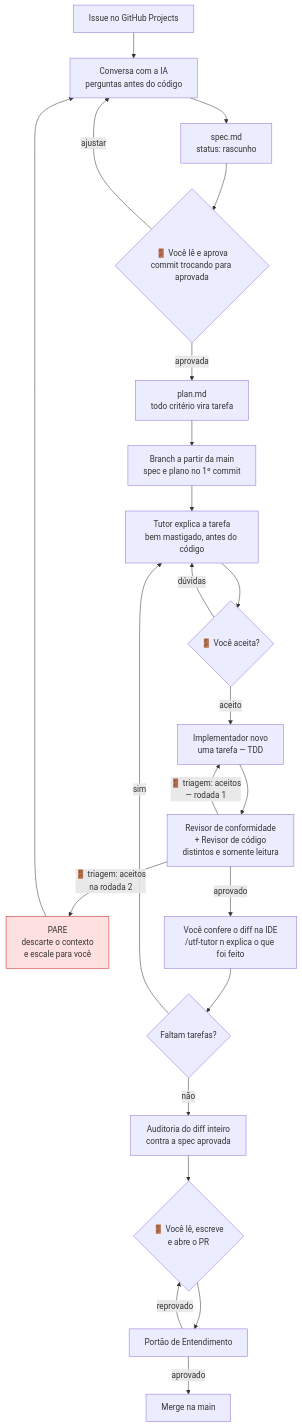
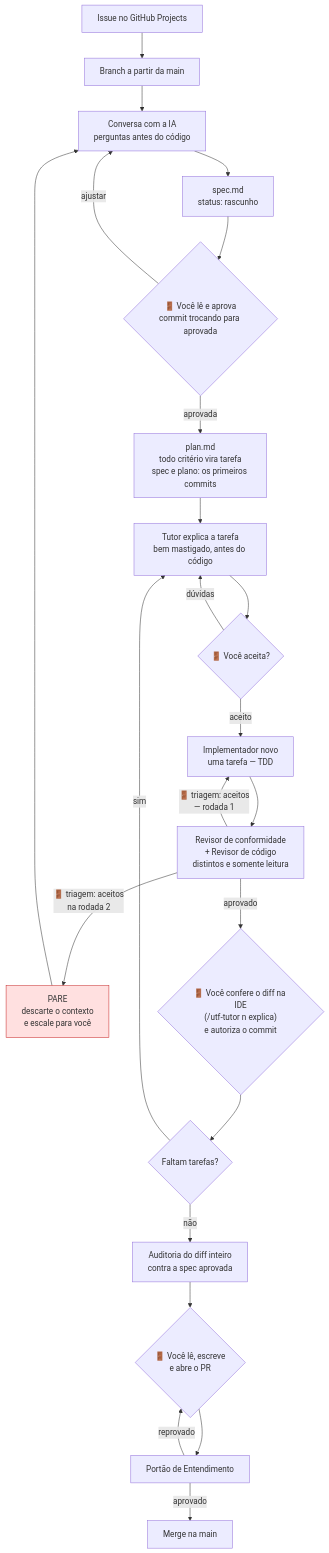
One commit to utfpr-gp/utf-sdd-template changed the second of 2 diagrams in docs/guia-sdd.md. Above: the diagram before and after it, drawn with Mermaid. The commit also changed other lines of this file and 10 other files, not shown here.

First line of the commit message:
docs: auditoria de coerência — branch antes da spec, portão exigido no merge, bug sem spec

````diff
--- a/docs/guia-sdd.md
+++ b/docs/guia-sdd.md
@@ -883,27 +892,27 @@
 ```mermaid
 flowchart TD
-    A["Issue no GitHub Projects"] --> B["Conversa com a IA<br/>perguntas antes do código"]
+    A["Issue no GitHub Projects"] --> F["Branch a partir da main"]
+    F --> B["Conversa com a IA<br/>perguntas antes do código"]
     B --> C["spec.md<br/>status: rascunho"]
     C --> D{"🚪 Você lê e aprova<br/>commit trocando para aprovada"}
     D -->|"ajustar"| B
-    D -->|"aprovada"| E["plan.md<br/>todo critério vira tarefa"]
-    E --> F["Branch a partir da main<br/>spec e plano no 1º commit"]
-    F --> T["Tutor explica a tarefa<br/>bem mastigado, antes do código"]
+    D -->|"aprovada"| E["plan.md<br/>todo critério vira tarefa<br/>spec e plano: os primeiros commits"]
+    E --> T["Tutor explica a tarefa<br/>bem mastigado, antes do código"]
     T --> U{"🚪 Você aceita?"}
     U -->|"dúvidas"| T
     U -->|"aceito"| G["Implementador novo<br/>uma tarefa — TDD"]
     G --> H["Revisor de conformidade<br/>+ Revisor de código<br/>distintos e somente leitura"]
     H -->|"🚪 triagem: aceitos<br/>— rodada 1"| G
     H -->|"🚪 triagem: aceitos<br/>na rodada 2"| I["PARE<br/>descarte o contexto<br/>e escale para você"]
     I --> B
-    H -->|"aprovado"| J["Você confere o diff na IDE<br/>/utf-tutor n explica o que foi feito"]
+    H -->|"aprovado"| J{"🚪 Você confere o diff na IDE<br/>(/utf-tutor n explica)<br/>e autoriza o commit"}
     J --> K{"Faltam tarefas?"}
     K -->|"sim"| T
     K -->|"não"| L["Auditoria do diff inteiro<br/>contra a spec aprovada"]
     L --> M{"🚪 Você lê, escreve<br/>e abre o PR"}
     M --> N["Portão de Entendimento"]
     N -->|"reprovado"| M
     N -->|"aprovado"| O["Merge na main"]
 
     style I fill:#ffe0e0,stroke:#c62828
 ```
````
